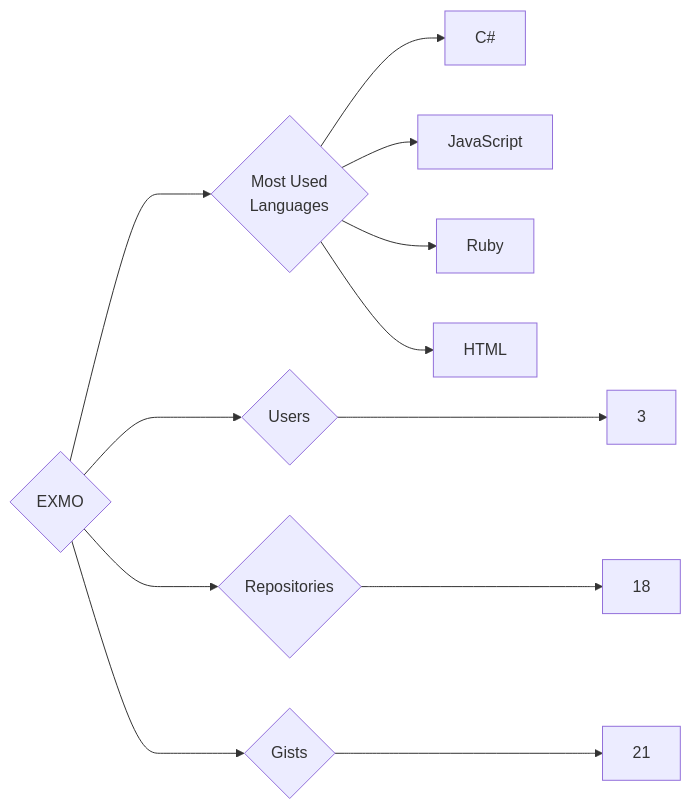
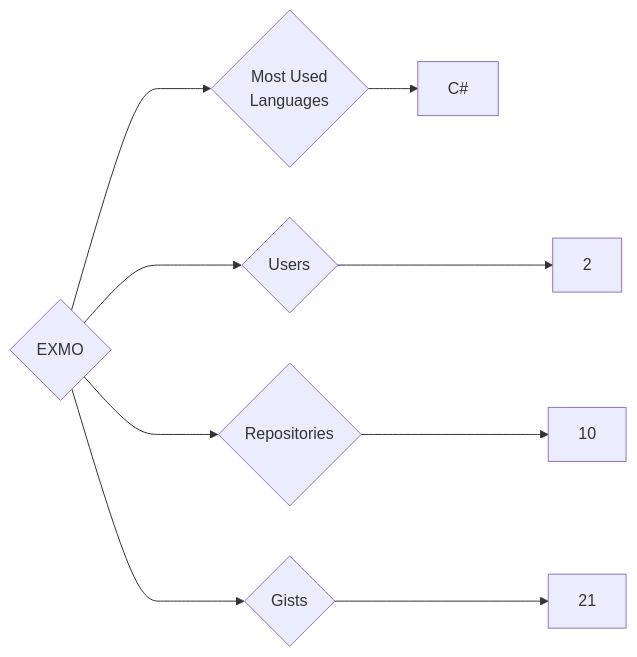
One commit to trickest/insiders changed the diagram in targets/EXMO/README.md. Above: the diagram before and after it, drawn with Mermaid. The commit also changed 815 other files, not shown here.

````diff
--- a/targets/EXMO/README.md
+++ b/targets/EXMO/README.md
@@ -3,12 +3,9 @@
 ```mermaid
 graph LR
 COMPANY_NAME{EXMO}
-COMPANY_NAME ---> U{Users} ---> UN[3]
-COMPANY_NAME ---> R{Repositories} ---> RN[18]
+COMPANY_NAME ---> U{Users} ---> UN[2]
+COMPANY_NAME ---> R{Repositories} ---> RN[10]
 COMPANY_NAME ---> G{Gists} ---> GN[21]
 COMPANY_NAME ---> ML{Most Used<br>Languages}
 ML --> C#[C#]
-ML --> JavaScript[JavaScript]
-ML --> Ruby[Ruby]
-ML --> HTML[HTML]
 ```
````
